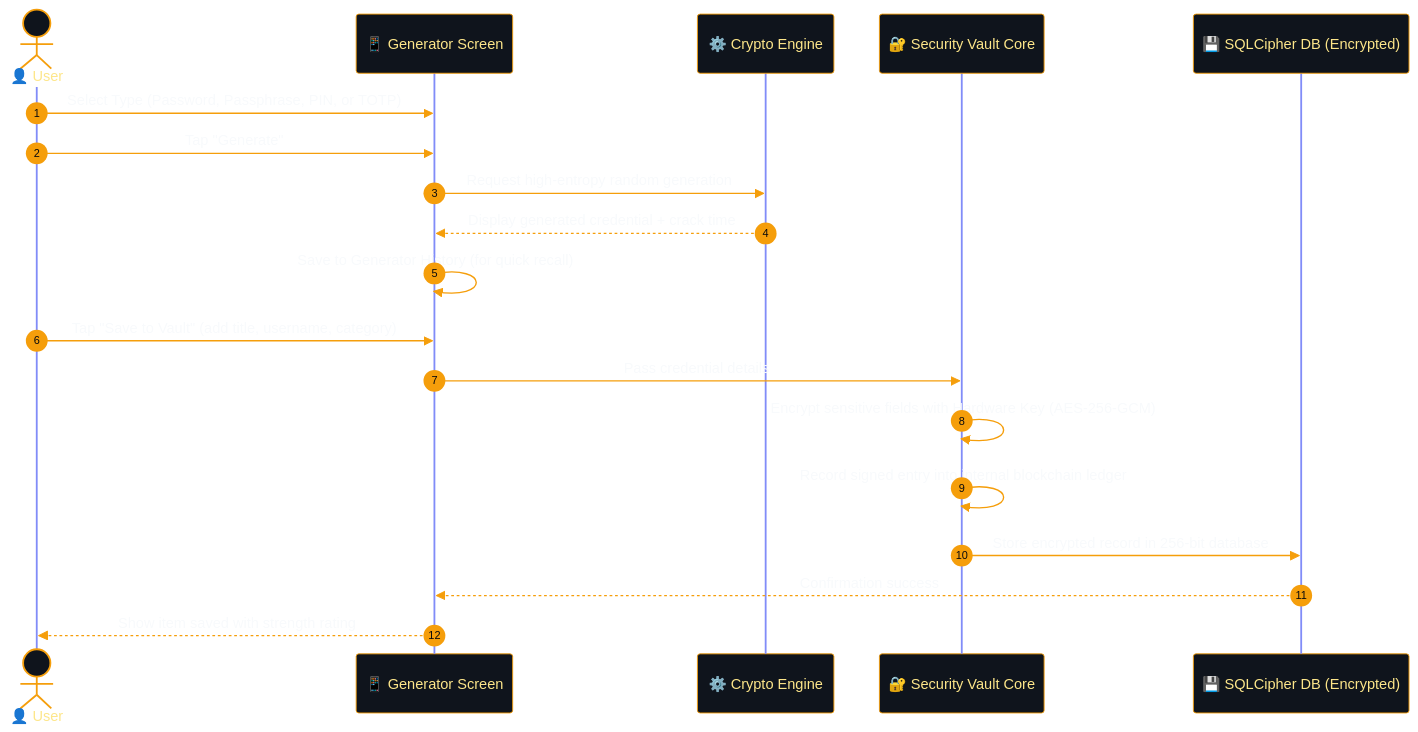
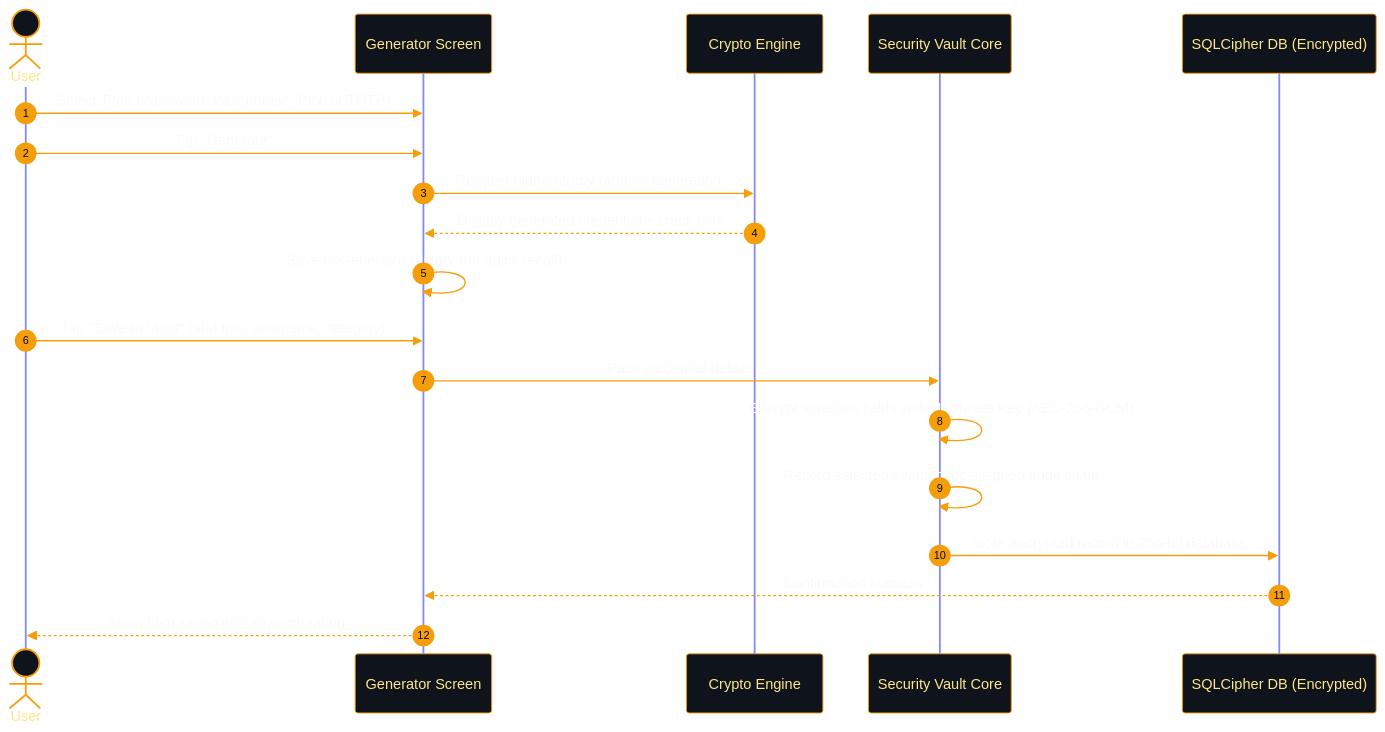
Before and after one commit to dwinsi/kunjika: the first of 5 diagrams in README.md, drawn with Mermaid. The commit also changed other lines of this file and 11 other files, not shown here.

Commit message:
docs: update version, security, and usage instructions across documentation and user guides

````diff
--- a/README.md
+++ b/README.md
@@ -57,45 +56,45 @@
 ```mermaid
 %%{init: {
   'theme': 'base',
   'themeVariables': {
     'darkMode': true,
     'background': '#07090E',
     'actorBkg': '#0F141C',
     'actorBorder': '#F59E0B',
     'actorTextColor': '#FDE68A',
     'actorLineColor': '#818CF8',
     'signalColor': '#F59E0B',
     'signalTextColor': '#F8FAFC',
     'labelBoxBkgColor': '#0F141C',
     'labelBoxBorderColor': '#818CF8',
     'labelTextColor': '#F8FAFC',
     'loopTextColor': '#FDE68A',
     'noteBkgColor': '#1E1B4B',
     'noteBorderColor': '#818CF8',
     'noteTextColor': '#E0E7FF',
     'activationBorderColor': '#F59E0B',
     'activationBkgColor': '#131A26',
     'sequenceNumberColor': '#07090E'
   }
 }}%%
 sequenceDiagram
     autonumber
-    actor User as 👤 User
-    participant UI as 📱 Generator Screen
-    participant Engine as ⚙️ Crypto Engine
-    participant Vault as 🔐 Security Vault Core
-    participant DB as 💾 SQLCipher DB (Encrypted)
+    actor User as  User
+    participant UI as  Generator Screen
+    participant Engine as  Crypto Engine
+    participant Vault as  Security Vault Core
+    participant DB as  SQLCipher DB (Encrypted)
 
     User->>UI: Select Type (Password, Passphrase, PIN, or TOTP)
     User->>UI: Tap "Generate"
     UI->>Engine: Request high-entropy random generation
     Engine-->>UI: Display generated credential + crack time
     UI->>UI: Save to Generator History (for quick recall)
     User->>UI: Tap "Save to Vault" (add title, username, category)
     UI->>Vault: Pass credential details
     Vault->>Vault: Encrypt sensitive fields with Hardware Key (AES-256-GCM)
-    Vault->>Vault: Record signed entry into internal blockchain ledger
+    Vault->>Vault: Record selected event in local signed audit chain
     Vault->>DB: Store encrypted record in 256-bit database
     DB-->>UI: Confirmation success
     UI-->>User: Show item saved with strength rating
 ```
````
